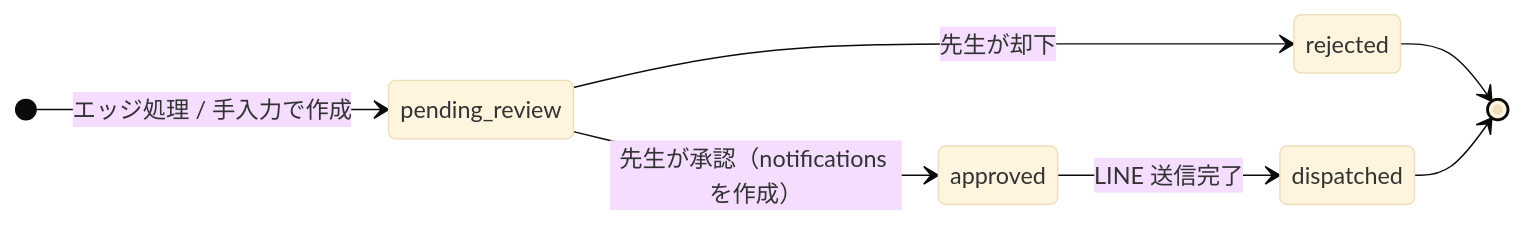
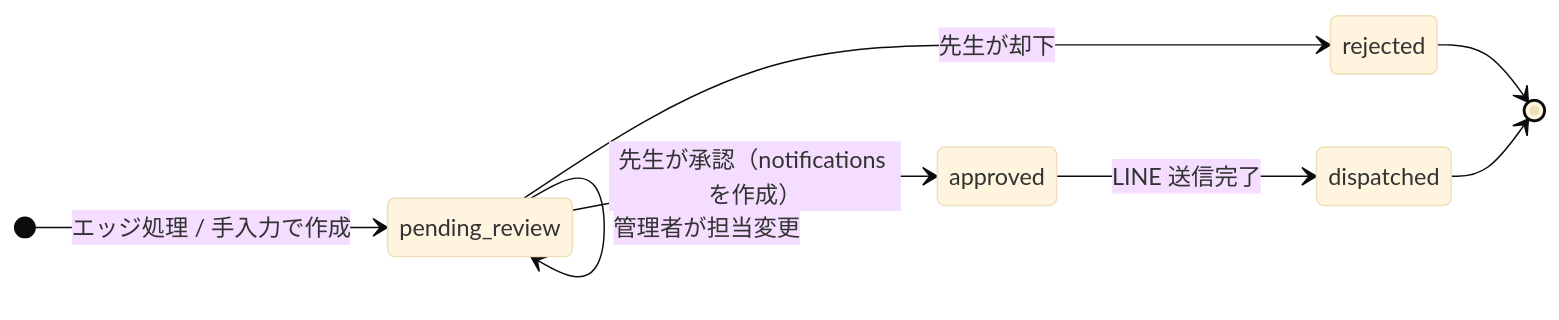
One commit to fuji0567/small-step changed the second of 2 diagrams in docs/architecture/data-model.md. Above: the diagram before and after it, drawn with Mermaid (base theme). The commit also changed other lines of this file and 23 other files, not shown here.

````diff
--- a/docs/architecture/data-model.md
+++ b/docs/architecture/data-model.md
@@ -52,10 +52,11 @@
 ```mermaid
 stateDiagram-v2
     direction LR
     [*] --> pending_review: エッジ処理 / 手入力で作成
+    pending_review --> pending_review: 管理者が担当変更
     pending_review --> approved: 先生が承認（notifications を作成）
     pending_review --> rejected: 先生が却下
     approved --> dispatched: LINE 送信完了
     rejected --> [*]
     dispatched --> [*]
 ```
````
